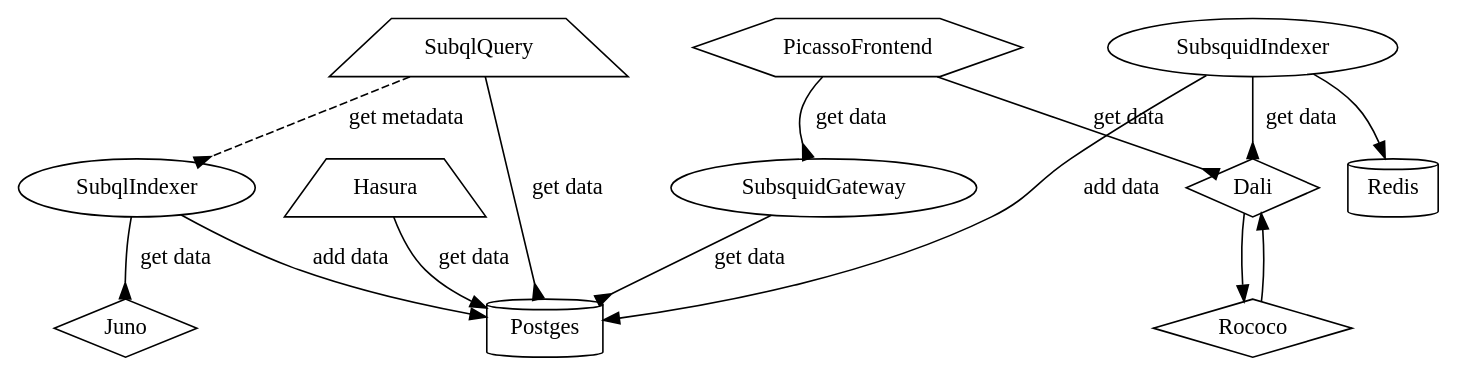
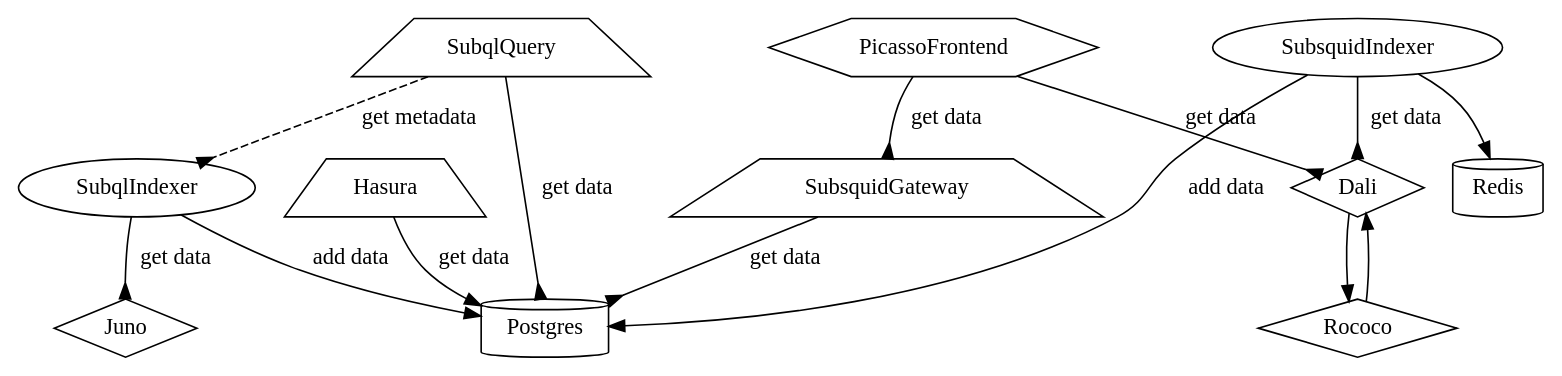
The diagram in .nix/arion-xcvm.dot (ComposableFi/composable), drawn with Graphviz before and after one commit. The commit also changed 1 other file, not shown here.

```diff
--- a/.nix/arion-xcvm.dot
+++ b/.nix/arion-xcvm.dot
@@ -1,24 +1,25 @@
 digraph arion_xcvm {
     Dali [shape = diamond]
     Rococo [shape = diamond]
     Juno [shape = diamond]
     Hasura [shape = trapezium]    
     SubqlQuery [shape = trapezium]
-    Postges [shape = cylinder]
+    SubsquidGateway [shape = trapezium]
+    Postgres [shape = cylinder]
     Redis [shape = cylinder]
     PicassoFrontend [shape=hexagon]
     
     PicassoFrontend -> Dali [label = "get data" arrowhead = inv]
     PicassoFrontend -> SubsquidGateway [label = "get data" arrowhead = inv]
-    Hasura -> Postges [label = "get data"]
+    Hasura -> Postgres [label = "get data"]
     SubqlIndexer -> Juno [label = "get data" arrowhead = inv]
     SubsquidIndexer -> Redis
-    SubsquidIndexer -> Postges [label = "add data"]
+    SubsquidIndexer -> Postgres [label = "add data"]
     SubsquidIndexer -> Dali [label = "get data" arrowhead = inv]
-    SubqlIndexer -> Postges [label = "add data"]
-    SubqlQuery -> Postges [label = "get data" arrowhead = inv]
+    SubqlIndexer -> Postgres [label = "add data"]
+    SubqlQuery -> Postgres [label = "get data" arrowhead = inv]
     SubqlQuery -> SubqlIndexer [style = dashed label = "get metadata" arrowhead = inv]
-    SubsquidGateway -> Postges [label = "get data" arrowhead = inv]
+    SubsquidGateway -> Postgres [label = "get data" arrowhead = inv]
     Dali -> Rococo
     Rococo -> Dali 
 }
```
